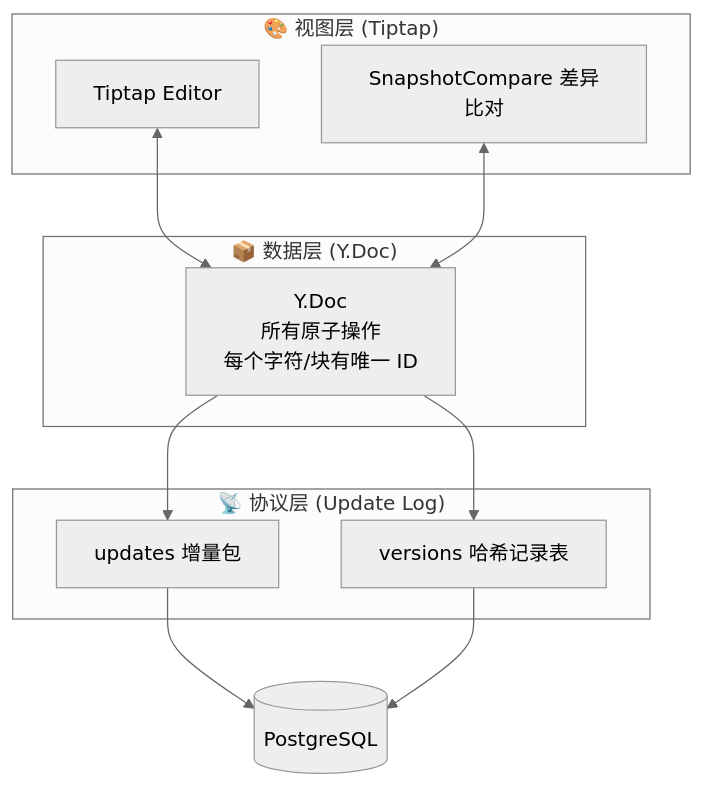
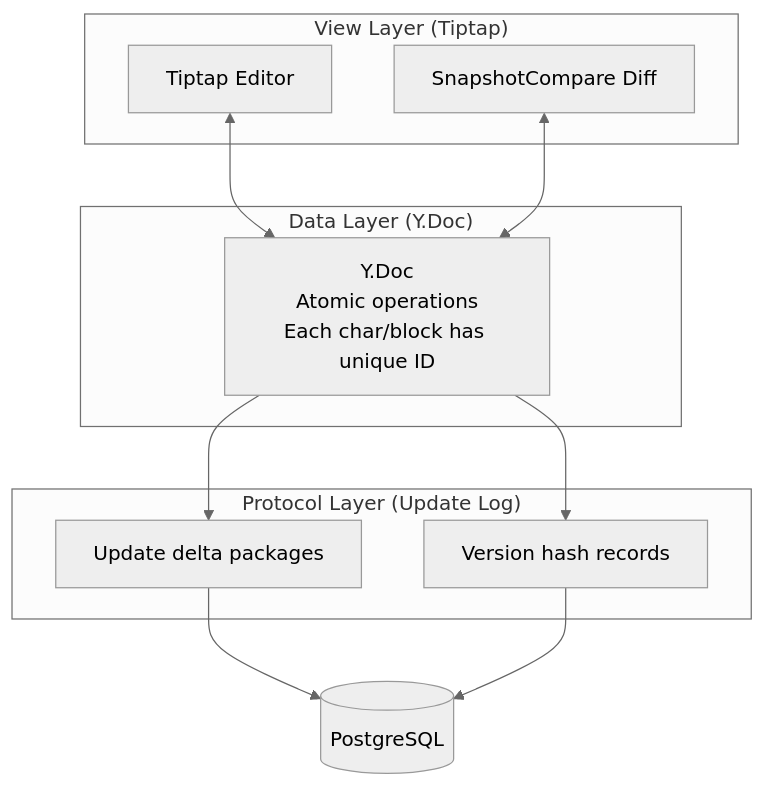
Diagram 11 of 12 in README.md (monazite1s/SyncDoc), drawn with Mermaid (neutral theme) before and after one commit. The commit also changed other lines of this file and 112 other files, not shown here.

````diff
--- a/README.md
+++ b/README.md
@@ -492,23 +631,23 @@
 ```mermaid
 graph TB
-    subgraph View["🎨 视图层 (Tiptap)"]
+    subgraph View["View Layer (Tiptap)"]
         EDITOR["Tiptap Editor"]
-        DIFF_VIEW["SnapshotCompare 差异比对"]
+        DIFF_VIEW["SnapshotCompare Diff"]
     end
 
-    subgraph Protocol["📡 协议层 (Update Log)"]
-        UPDATES["updates 增量包"]
-        VERSIONS["versions 哈希记录表"]
+    subgraph Protocol["Protocol Layer (Update Log)"]
+        UPDATES["Update delta packages"]
+        VERSIONS["Version hash records"]
     end
 
-    subgraph Data["📦 数据层 (Y.Doc)"]
-        YDOC["Y.Doc<br/>所有原子操作<br/>每个字符/块有唯一 ID"]
+    subgraph Data["Data Layer (Y.Doc)"]
+        YDOC["Y.Doc<br/>Atomic operations<br/>Each char/block has unique ID"]
     end
 
     EDITOR <--> YDOC
     DIFF_VIEW <--> YDOC
     YDOC --> UPDATES
     YDOC --> VERSIONS
     UPDATES --> DB[(PostgreSQL)]
     VERSIONS --> DB
 ```
````
